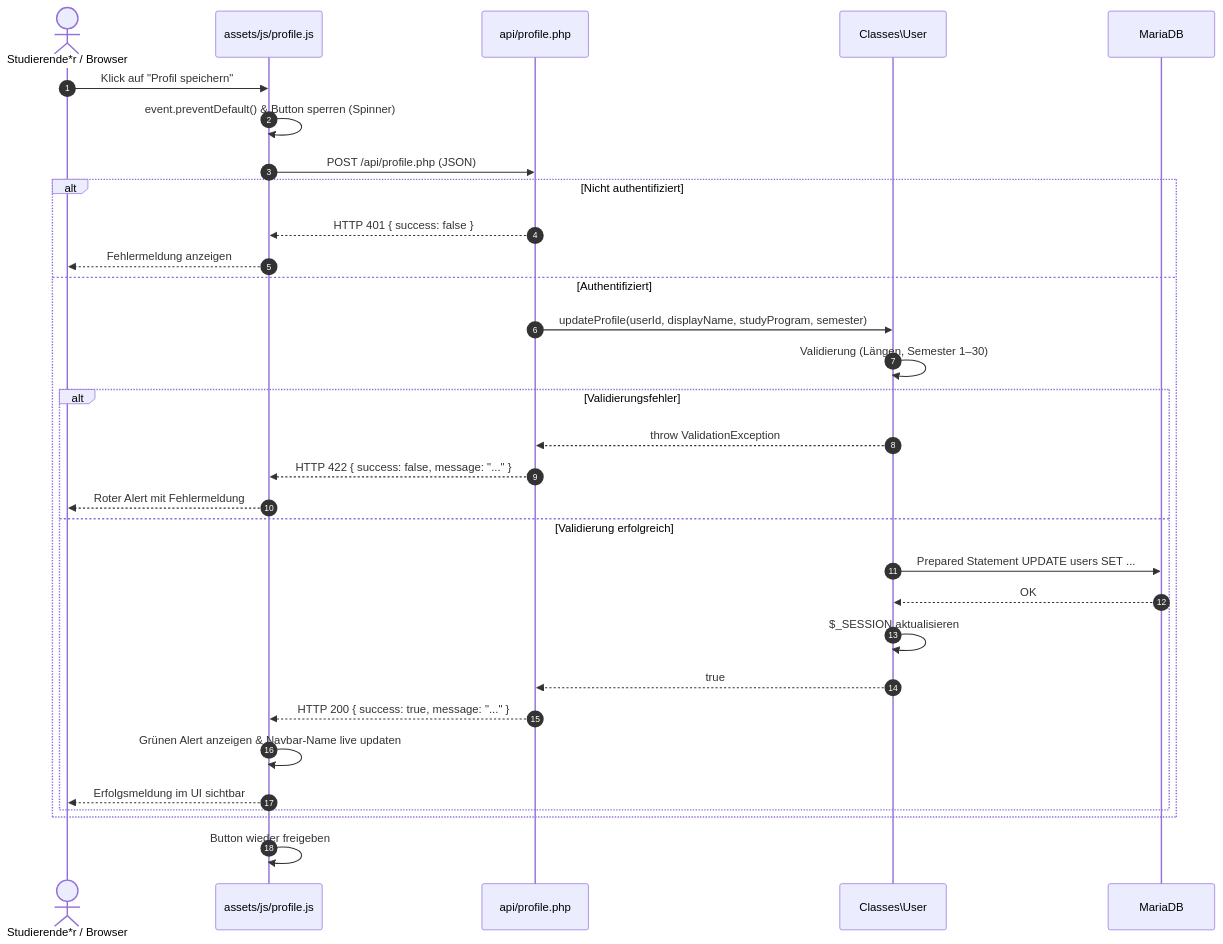
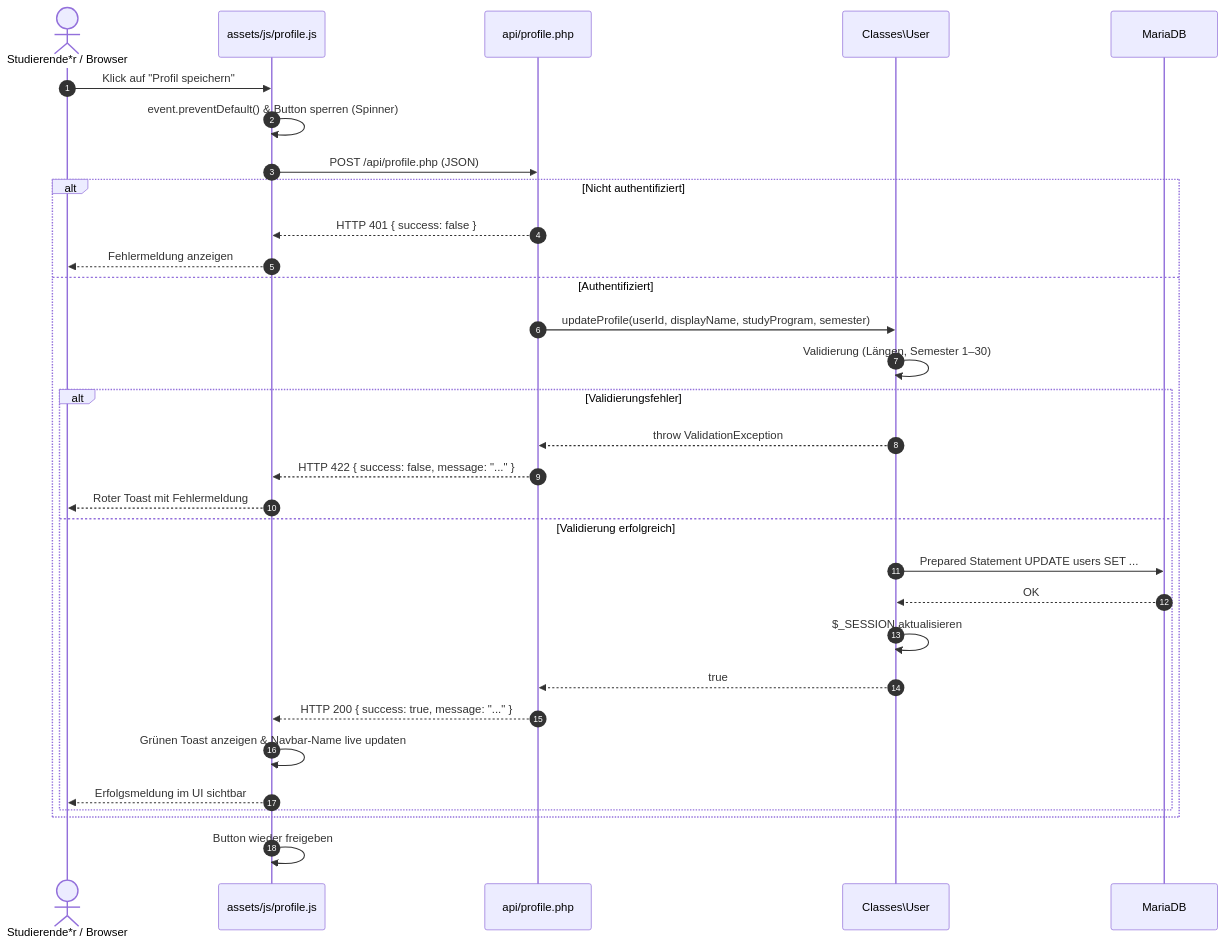
One commit to Fritz-IU/ISEF01-Lernzeit-Manager changed the diagram in docs/profilverwaltung.md. Above: the diagram before and after it, drawn with Mermaid. The commit also changed other lines of this file and 17 other files, not shown here.

````diff
--- a/docs/profilverwaltung.md
+++ b/docs/profilverwaltung.md
@@ -77,36 +77,36 @@
 ```mermaid
 sequenceDiagram
     autonumber
     actor Nutzer as Studierende*r / Browser
     participant JS as assets/js/profile.js
     participant API as api/profile.php
     participant UserClass as Classes\User
     participant DB as MariaDB
 
     Nutzer->>JS: Klick auf "Profil speichern"
     JS->>JS: event.preventDefault() & Button sperren (Spinner)
     JS->>API: POST /api/profile.php (JSON)
     
     alt Nicht authentifiziert
         API-->>JS: HTTP 401 { success: false }
         JS-->>Nutzer: Fehlermeldung anzeigen
     else Authentifiziert
         API->>UserClass: updateProfile(userId, displayName, studyProgram, semester)
         UserClass->>UserClass: Validierung (Längen, Semester 1–30)
         
         alt Validierungsfehler
             UserClass-->>API: throw ValidationException
             API-->>JS: HTTP 422 { success: false, message: "..." }
-            JS-->>Nutzer: Roter Alert mit Fehlermeldung
+            JS-->>Nutzer: Roter Toast mit Fehlermeldung
         else Validierung erfolgreich
             UserClass->>DB: Prepared Statement UPDATE users SET ...
             DB-->>UserClass: OK
             UserClass->>UserClass: $_SESSION aktualisieren
             UserClass-->>API: true
             API-->>JS: HTTP 200 { success: true, message: "..." }
-            JS->>JS: Grünen Alert anzeigen & Navbar-Name live updaten
+            JS->>JS: Grünen Toast anzeigen & Navbar-Name live updaten
             JS-->>Nutzer: Erfolgsmeldung im UI sichtbar
         end
     end
     JS->>JS: Button wieder freigeben
 ```
````
